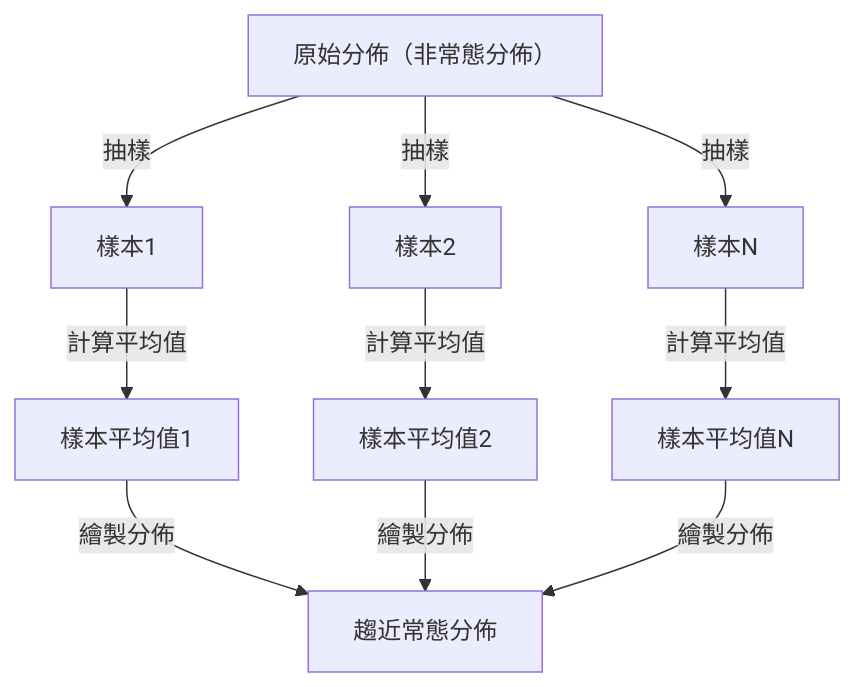
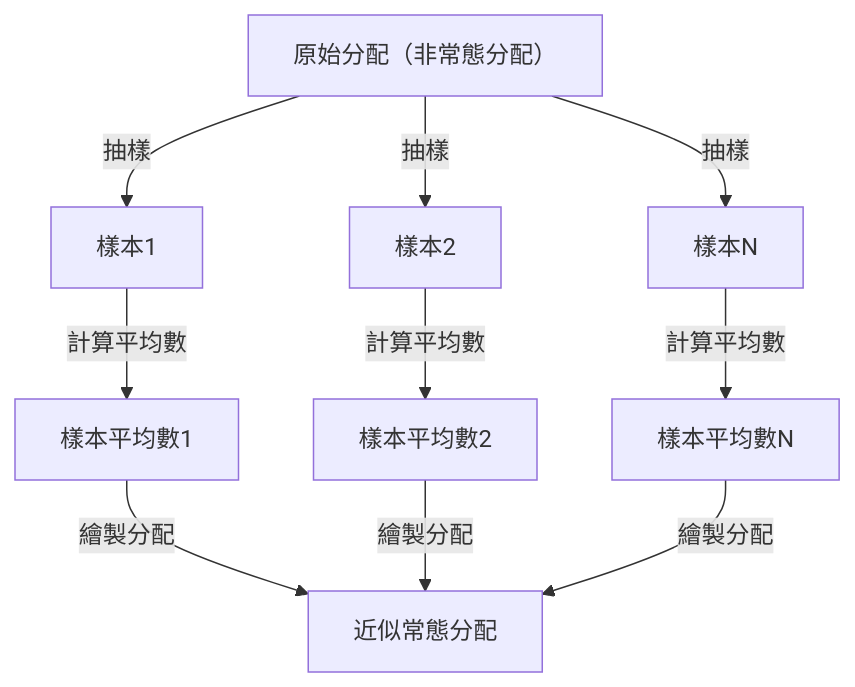
Before and after one commit to kenjinote/blog: the diagram in content/post/central-limit-theorem/index.zh-tw.md, drawn with Mermaid. The commit also changed other lines of this file and 97 other files, not shown here.

````diff
--- a/content/post/central-limit-theorem/index.zh-tw.md
+++ b/content/post/central-limit-theorem/index.zh-tw.md
@@ -43,12 +43,12 @@
 ```mermaid
 graph TD
-    A["原始分佈（非常態分佈）"] -->|"抽樣"| B["樣本1"]
+    A["原始分配（非常態分配）"] -->|"抽樣"| B["樣本1"]
     A -->|"抽樣"| C["樣本2"]
     A -->|"抽樣"| D["樣本N"]
-    B -->|"計算平均值"| E["樣本平均值1"]
-    C -->|"計算平均值"| F["樣本平均值2"]
-    D -->|"計算平均值"| G["樣本平均值N"]
-    E -->|"繪製分佈"| H["趨近常態分佈"]
-    F -->|"繪製分佈"| H
-    G -->|"繪製分佈"| H
+    B -->|"計算平均數"| E["樣本平均數1"]
+    C -->|"計算平均數"| F["樣本平均數2"]
+    D -->|"計算平均數"| G["樣本平均數N"]
+    E -->|"繪製分配"| H["近似常態分配"]
+    F -->|"繪製分配"| H
+    G -->|"繪製分配"| H
 ```
````
